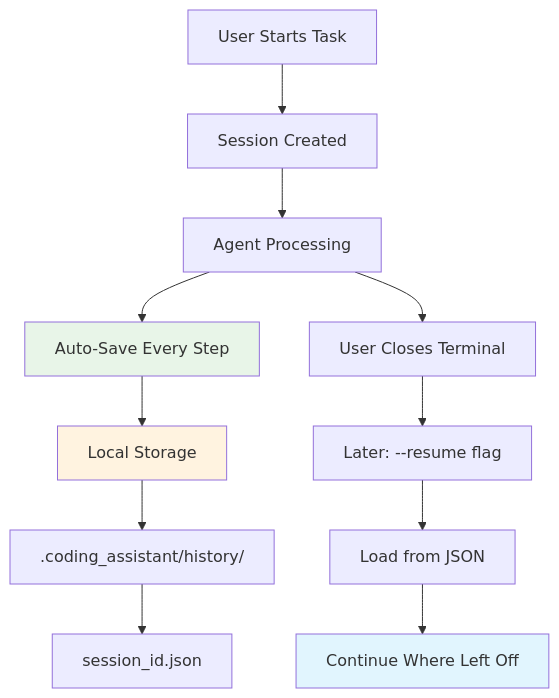
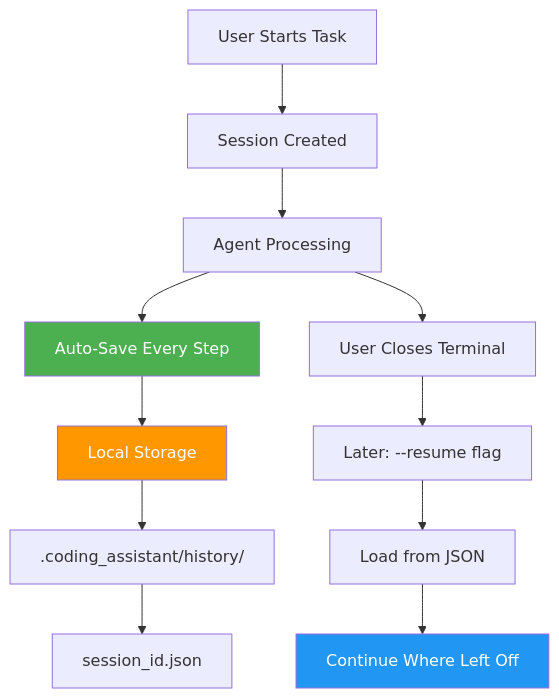
Before and after one commit to fwornle/agentic-ai-nano: the tenth of 17 diagrams in docs-content/01_frameworks/Session1_ModuleD_Coding_Assistant_Case_Study.md, drawn with Mermaid. The commit also changed other lines of this file, not shown here.

Commit message:
docs: review Option D, styling (mermaid)

````diff
--- a/docs-content/01_frameworks/Session1_ModuleD_Coding_Assistant_Case_Study.md
+++ b/docs-content/01_frameworks/Session1_ModuleD_Coding_Assistant_Case_Study.md
@@ -591,19 +591,19 @@
 ```mermaid
 graph TD
     U[User Starts Task] --> S[Session Created]
     S --> A[Agent Processing]
     A --> SAVE[Auto-Save Every Step]
     
     SAVE --> STORAGE[Local Storage]
     STORAGE --> SESSION[.coding_assistant/history/]
     SESSION --> JSON[session_id.json]
     
     A --> INTERRUPT[User Closes Terminal]
     INTERRUPT --> RESUME[Later: --resume flag]
     RESUME --> LOAD[Load from JSON]
     LOAD --> CONTINUE[Continue Where Left Off]
     
-    style SAVE fill:#e8f5e8
-    style STORAGE fill:#fff3e0
-    style CONTINUE fill:#e1f5fe
+    style SAVE fill:#4CAF50,color:#ffffff
+    style STORAGE fill:#FF9800,color:#ffffff
+    style CONTINUE fill:#2196F3,color:#ffffff
 ```
````
